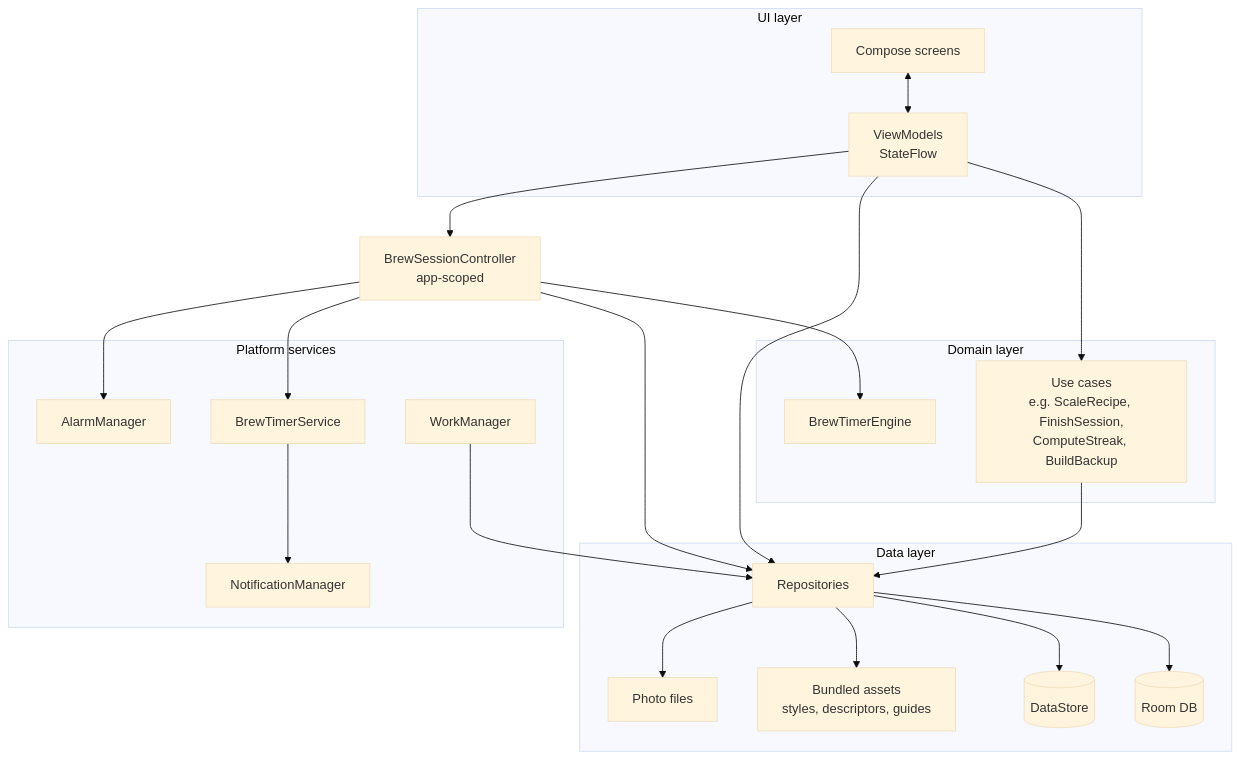
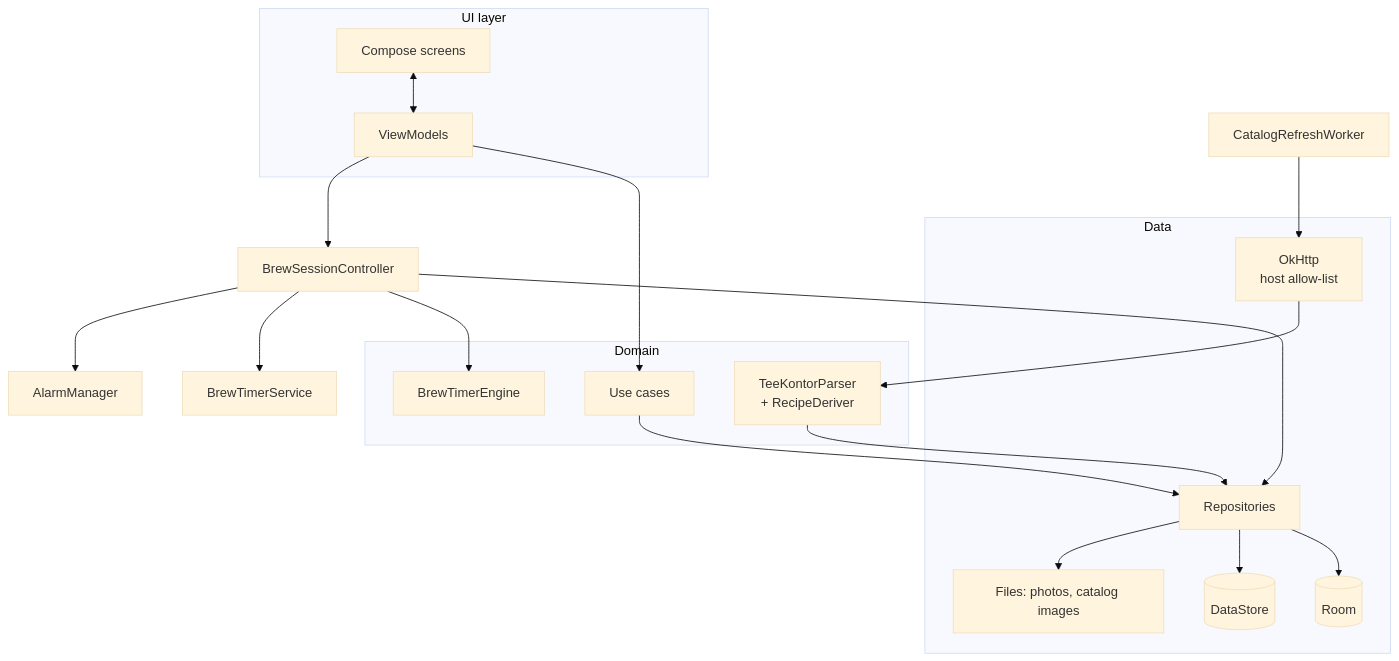
Before and after one commit to katznmeik/UmamiT: the diagram in docs/specs/06-architecture.md, drawn with Mermaid (base theme). The commit also changed other lines of this file and 12 other files, not shown here.

````diff
--- a/docs/specs/06-architecture.md
+++ b/docs/specs/06-architecture.md
@@ -30,32 +29,24 @@
 ```mermaid
 flowchart TB
     subgraph UI[UI layer]
-      S[Compose screens] <--> VM[ViewModels\nStateFlow<UiState>]
+      S[Compose screens] <--> VM[ViewModels]
     end
-    subgraph Domain[Domain layer]
-      UC[Use cases\ne.g. ScaleRecipe, FinishSession,\nComputeStreak, BuildBackup]
+    subgraph Domain[Domain]
+      UC[Use cases]
       ENG[BrewTimerEngine]
+      PAR[TeeKontorParser\n+ RecipeDeriver]
     end
-    subgraph Data[Data layer]
+    subgraph Data[Data]
       R[Repositories]
-      DB[(Room DB)]
+      DB[(Room)]
       DS[(DataStore)]
-      AS[Bundled assets\nstyles, descriptors, guides]
-      FS[Photo files]
-    end
-    subgraph System[Platform services]
-      SVC[BrewTimerService]
-      AM[AlarmManager]
-      WM[WorkManager]
-      NM[NotificationManager]
+      NET[OkHttp\nhost allow-list]
+      FS[Files: photos, catalog images]
     end
     VM --> UC --> R
-    VM --> R
-    R --> DB & DS & AS & FS
-    CTRL[BrewSessionController\napp-scoped] --> ENG
-    VM --> CTRL
-    CTRL --> R
-    CTRL --> SVC & AM
-    SVC --> NM
-    WM --> R
+    R --> DB & DS & FS
+    CAT[CatalogRefreshWorker] --> NET --> PAR --> R
+    CTRL[BrewSessionController] --> ENG
+    VM --> CTRL --> R
+    CTRL --> SVC[BrewTimerService] & AM[AlarmManager]
 ```
````
